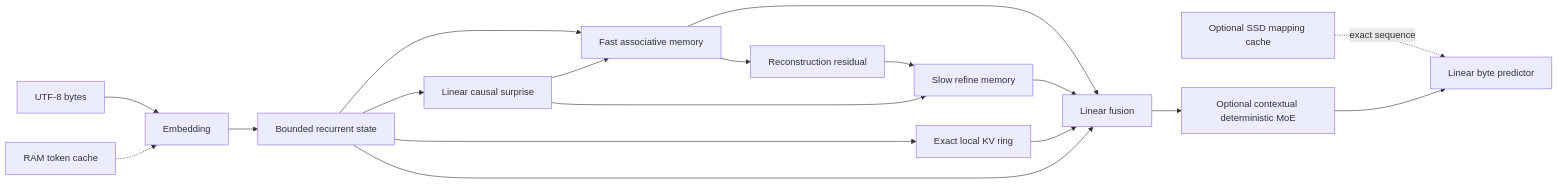
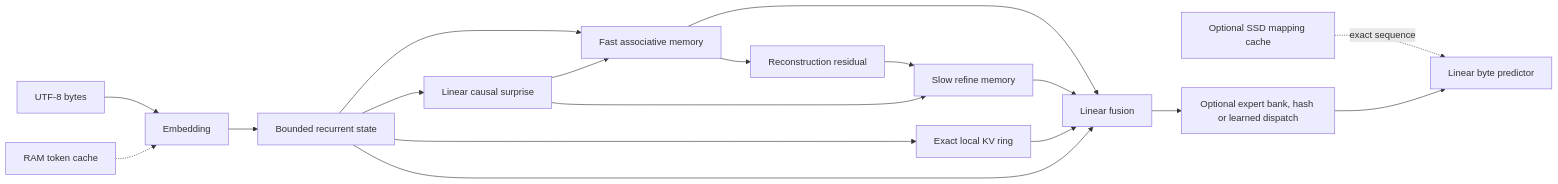
One commit to Koemi-AI/Koemi-1FPA changed the diagram in README.md. Above: the diagram before and after it, drawn with Mermaid. The commit also changed other lines of this file and 9 other files, not shown here.

````diff
--- a/README.md
+++ b/README.md
@@ -112,20 +112,20 @@
 ```mermaid
 flowchart LR
     Input[UTF-8 bytes] --> Embedding
     Warm[RAM token cache] -.-> Embedding
     Disk[Optional SSD mapping cache] -. exact sequence .-> Output
     Embedding --> Recurrent[Bounded recurrent state]
     Recurrent --> Fast[Fast associative memory]
     Fast --> Residual[Reconstruction residual]
     Residual --> Slow[Slow refine memory]
     Recurrent --> Local[Exact local KV ring]
     Recurrent --> Surprise[Linear causal surprise]
     Surprise --> Fast
     Surprise --> Slow
     Fast --> Fusion[Linear fusion]
     Slow --> Fusion
     Local --> Fusion
     Recurrent --> Fusion
-    Fusion --> MoE[Optional contextual deterministic MoE]
+    Fusion --> MoE[Optional expert bank, hash or learned dispatch]
     MoE --> Output[Linear byte predictor]
 ```
````
